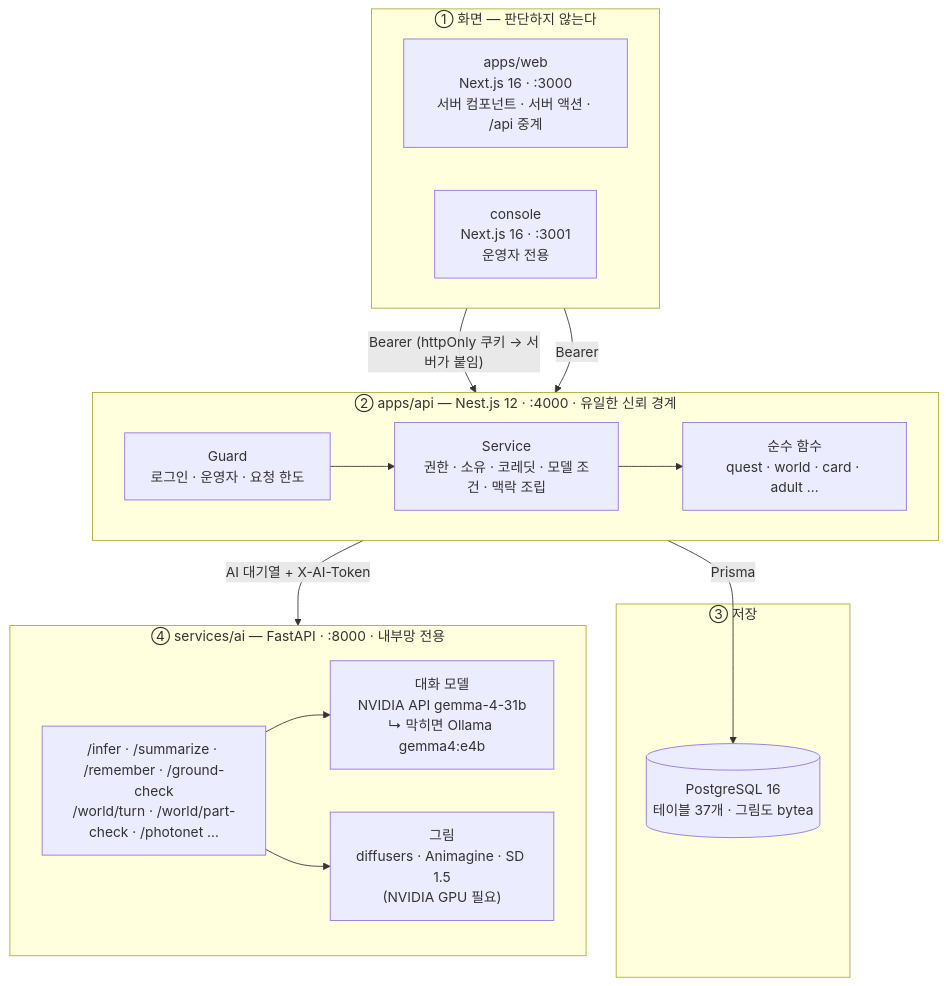
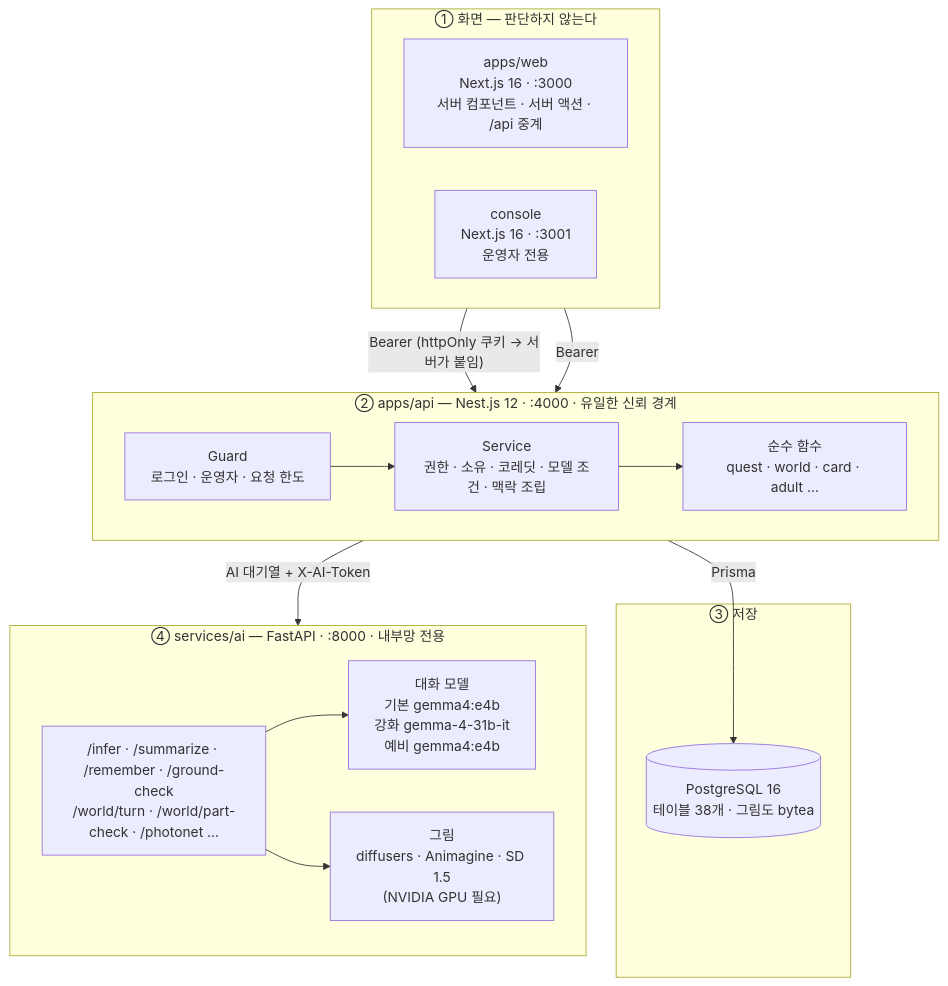
The first of 6 diagrams in README.md (samam0234/CodiComperChat), drawn with Mermaid before and after one commit. The commit also changed other lines of this file and 48 other files, not shown here.

````diff
--- a/README.md
+++ b/README.md
@@ -81,28 +81,28 @@
 ```mermaid
 flowchart TB
   subgraph CLIENT["① 화면 — 판단하지 않는다"]
     direction LR
     WEB["apps/web<br/>Next.js 16 · :3000<br/>서버 컴포넌트 · 서버 액션 · /api 중계"]
     CON["console<br/>Next.js 16 · :3001<br/>운영자 전용"]
   end
   subgraph TRUST["② apps/api — Nest.js 12 · :4000 · 유일한 신뢰 경계"]
     direction LR
     G["Guard<br/>로그인 · 운영자 · 요청 한도"] --> S["Service<br/>권한 · 소유 · 코레딧 · 모델 조건 · 맥락 조립"]
     S --> P["순수 함수<br/>quest · world · card · adult …"]
   end
   subgraph DATA["③ 저장"]
-    DB[("PostgreSQL 16<br/>테이블 37개 · 그림도 bytea")]
+    DB[("PostgreSQL 16<br/>테이블 38개 · 그림도 bytea")]
   end
   subgraph AI["④ services/ai — FastAPI · :8000 · 내부망 전용"]
     direction LR
     EP["/infer · /summarize · /remember · /ground-check<br/>/world/turn · /world/part-check · /photonet …"]
-    LLM["대화 모델<br/>NVIDIA API gemma-4-31b<br/>↳ 막히면 Ollama gemma4:e4b"]
+    LLM["대화 모델<br/>기본 gemma4:e4b<br/>강화 gemma-4-31b-it<br/>예비 gemma4:e4b"]
     IMG["그림<br/>diffusers · Animagine · SD 1.5<br/>(NVIDIA GPU 필요)"]
     EP --> LLM
     EP --> IMG
   end
   WEB -- "Bearer (httpOnly 쿠키 → 서버가 붙임)" --> G
   CON -- "Bearer" --> G
   S -- "Prisma" --> DB
   S -- "AI 대기열 + X-AI-Token" --> EP
 ```
````
